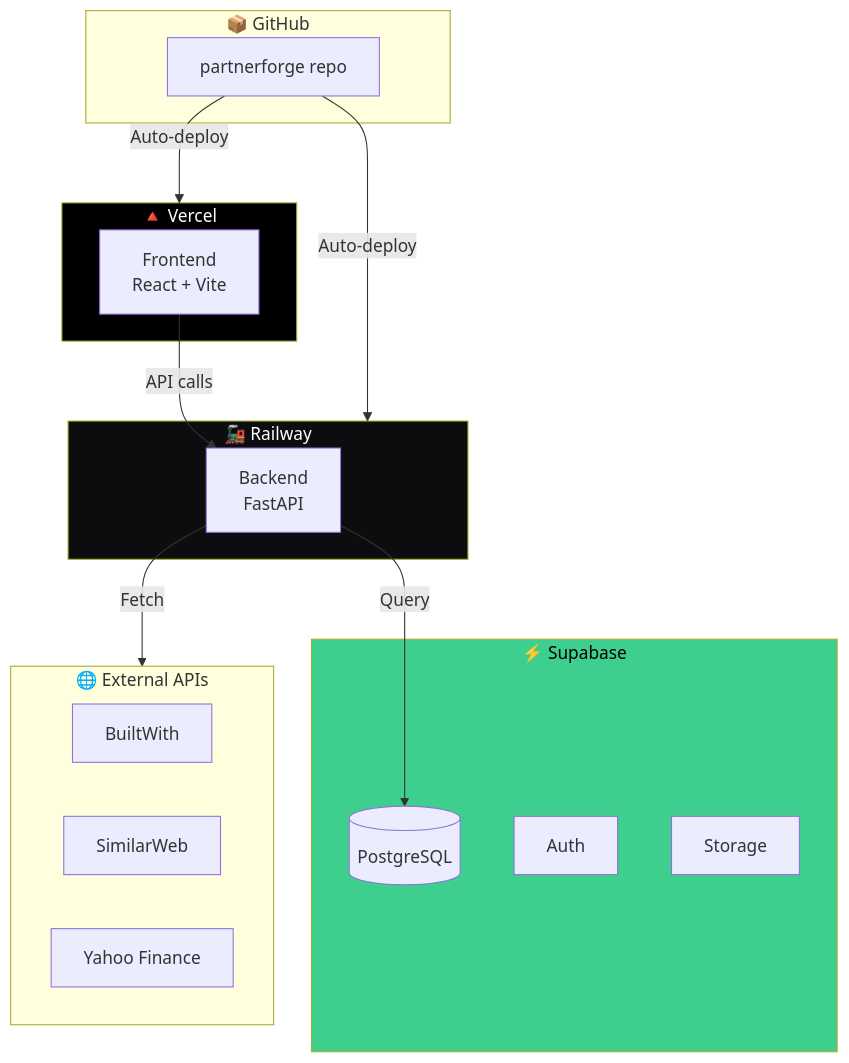
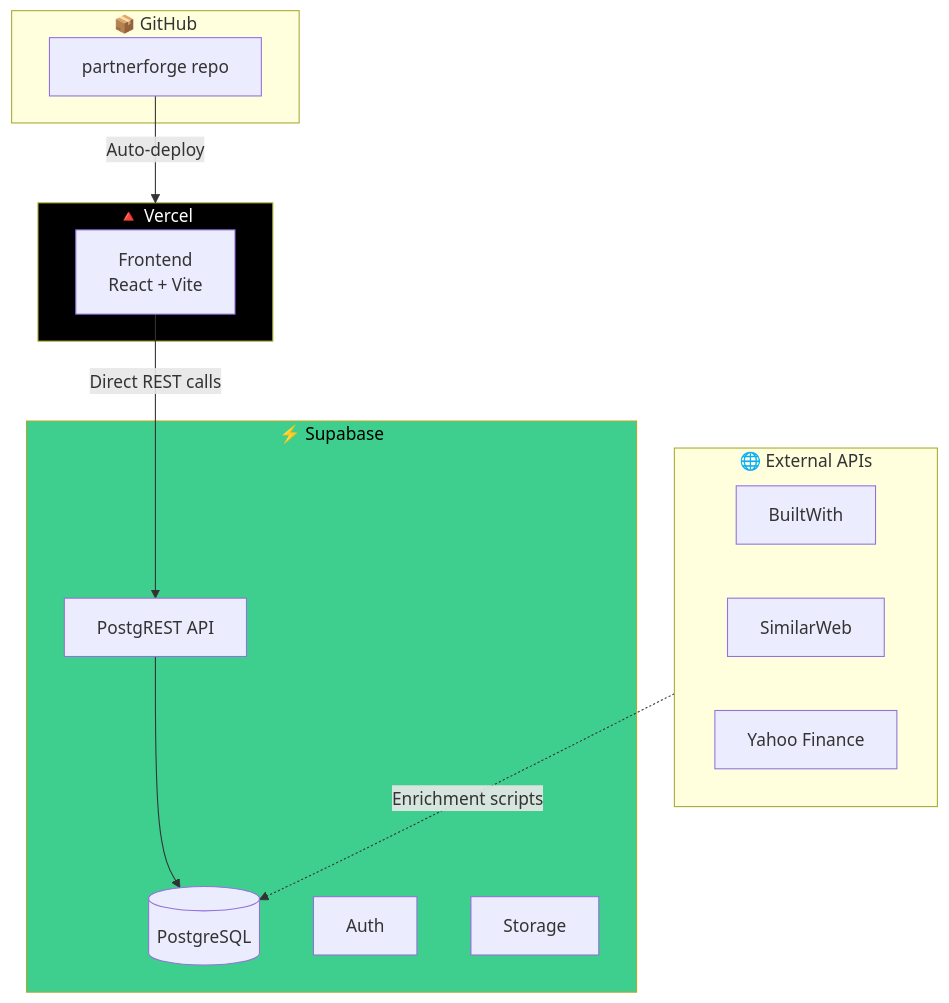
Before and after one commit to arijitchowdhury80/partnerforge: diagram 11 of 13 in docs/architecture/diagrams.md, drawn with Mermaid. The commit also changed other lines of this file and 13 other files, not shown here.

First line of the commit message:
fix: Update vercel configs and documentation for diagram gallery

````diff
--- a/docs/architecture/diagrams.md
+++ b/docs/architecture/diagrams.md
@@ -445,37 +431,33 @@
 ```mermaid
 flowchart TB
     subgraph GitHub["📦 GitHub"]
         Repo[partnerforge repo]
     end
 
     subgraph Vercel["🔺 Vercel"]
         FE[Frontend<br/>React + Vite]
     end
 
-    subgraph Railway["🚂 Railway"]
-        BE[Backend<br/>FastAPI]
-    end
-
     subgraph Supabase["⚡ Supabase"]
+        RestAPI[PostgREST API]
         DB[(PostgreSQL)]
         Auth[Auth]
         Storage[Storage]
     end
 
     subgraph External["🌐 External APIs"]
         BW[BuiltWith]
         SW[SimilarWeb]
         YF[Yahoo Finance]
     end
 
     Repo -->|Auto-deploy| Vercel
-    Repo -->|Auto-deploy| Railway
 
-    FE -->|API calls| BE
-    BE -->|Query| DB
-    BE -->|Fetch| External
+    FE -->|Direct REST calls| RestAPI
+    RestAPI --> DB
+
+    External -.->|Enrichment scripts| DB
 
     style Vercel fill:#000,color:#fff
-    style Railway fill:#0B0D0E,color:#fff
     style Supabase fill:#3ECF8E,color:#000
 ```
````
